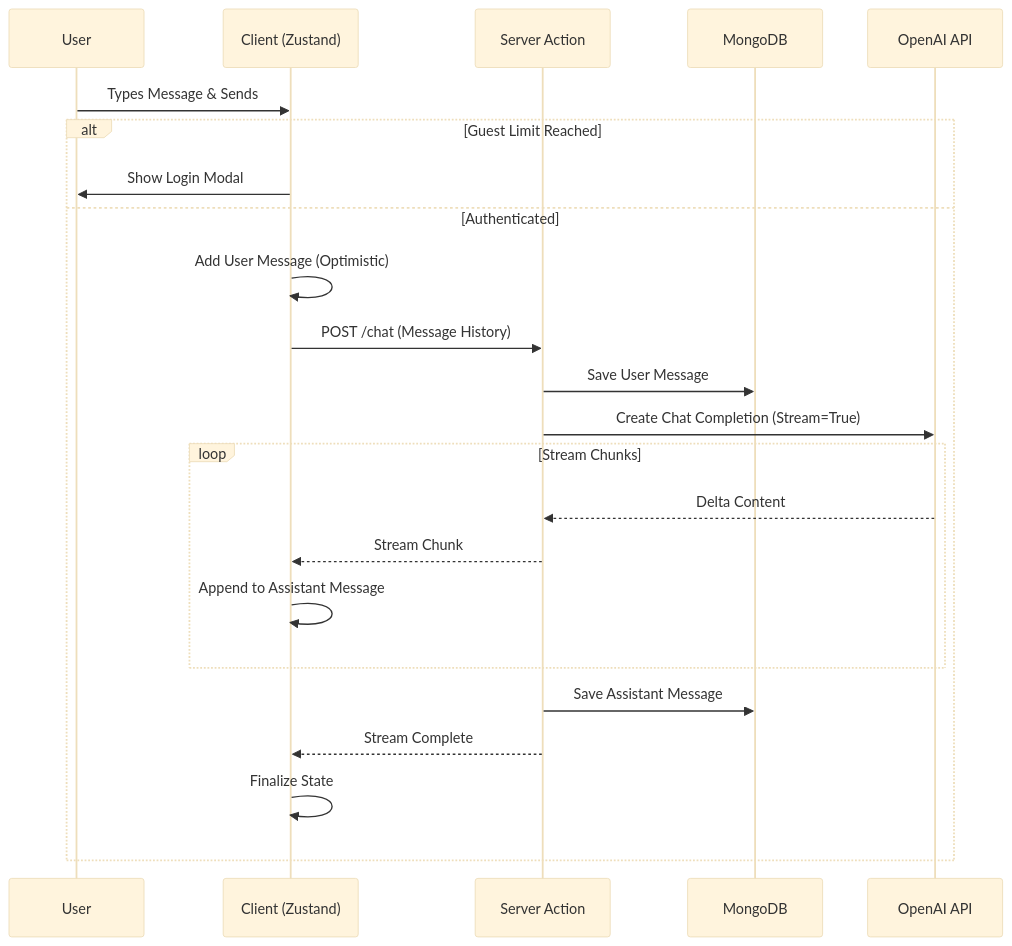
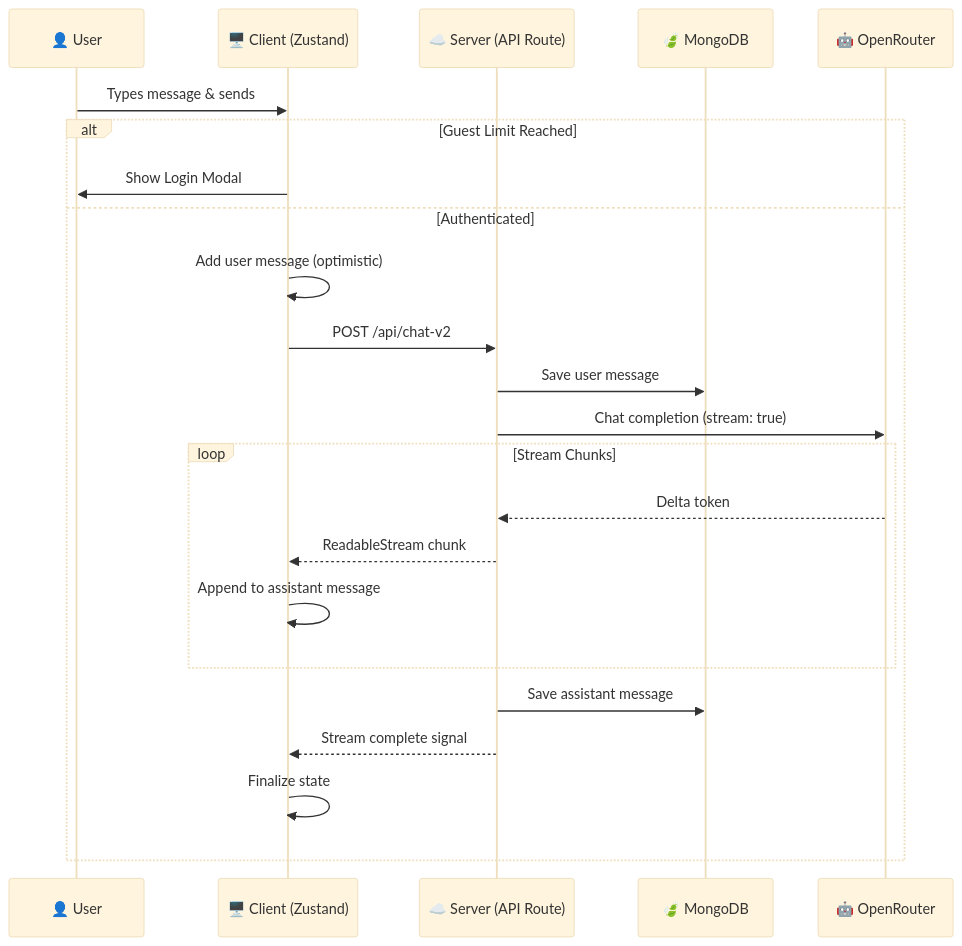
One commit to kirtan597/Ai-Buddy changed the second of 2 diagrams in README.md. Above: the diagram before and after it, drawn with Mermaid (base theme). The commit also changed other lines of this file, not shown here.

First line of the commit message:
docs: complete README overhaul with updated architecture, features, and tech stack

````diff
--- a/README.md
+++ b/README.md
@@ -78,26 +73,26 @@
 ```mermaid
 sequenceDiagram
-    participant U as User
-    participant C as Client (Zustand)
-    participant S as Server Action
-    participant D as MongoDB
-    participant AI as OpenAI API
-    
-    U->>C: Types Message & Sends
+    participant U as 👤 User
+    participant C as 🖥️ Client (Zustand)
+    participant S as ☁️ Server (API Route)
+    participant D as 🍃 MongoDB
+    participant AI as 🤖 OpenRouter
+
+    U->>C: Types message & sends
     alt Guest Limit Reached
         C->>U: Show Login Modal
     else Authenticated
-        C->>C: Add User Message (Optimistic)
-        C->>S: POST /chat (Message History)
-        S->>D: Save User Message
-        S->>AI: Create Chat Completion (Stream=True)
+        C->>C: Add user message (optimistic)
+        C->>S: POST /api/chat-v2
+        S->>D: Save user message
+        S->>AI: Chat completion (stream: true)
         loop Stream Chunks
-            AI-->>S: Delta Content
-            S-->>C: Stream Chunk
-            C->>C: Append to Assistant Message
+            AI-->>S: Delta token
+            S-->>C: ReadableStream chunk
+            C->>C: Append to assistant message
         end
-        S->>D: Save Assistant Message
-        S-->>C: Stream Complete
-        C->>C: Finalize State
+        S->>D: Save assistant message
+        S-->>C: Stream complete signal
+        C->>C: Finalize state
     end
 ```
````
